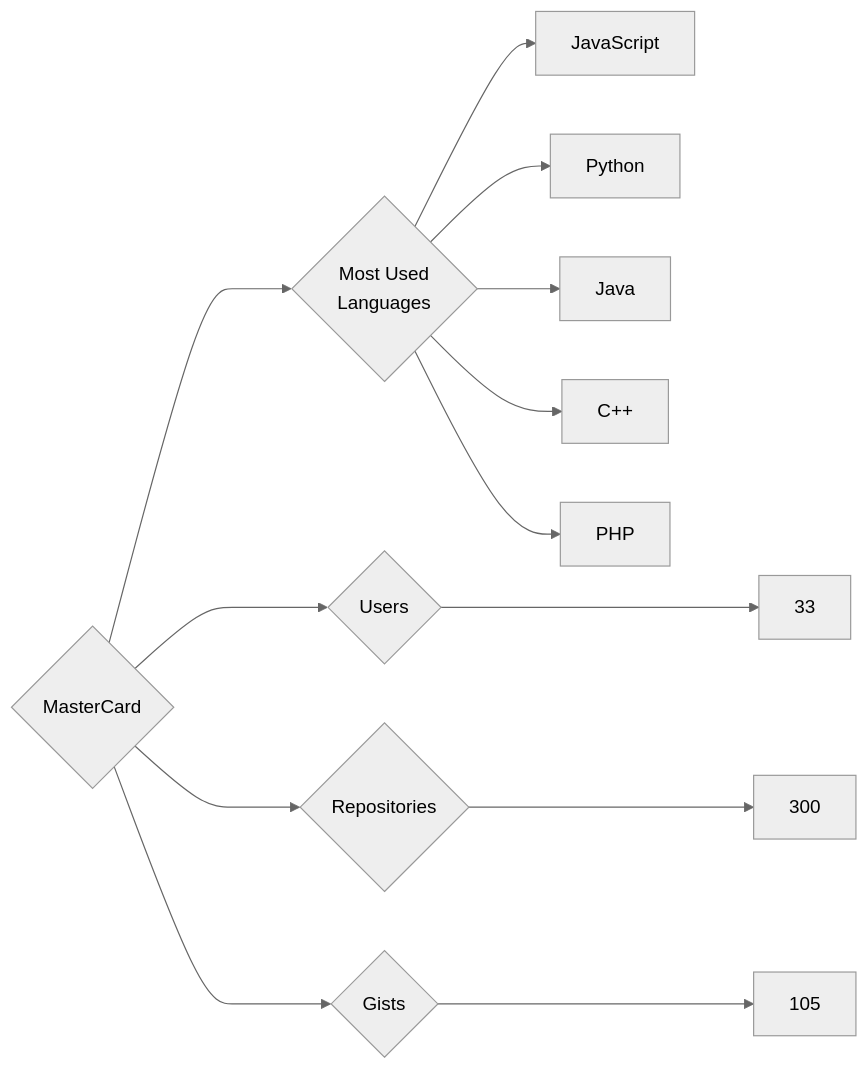
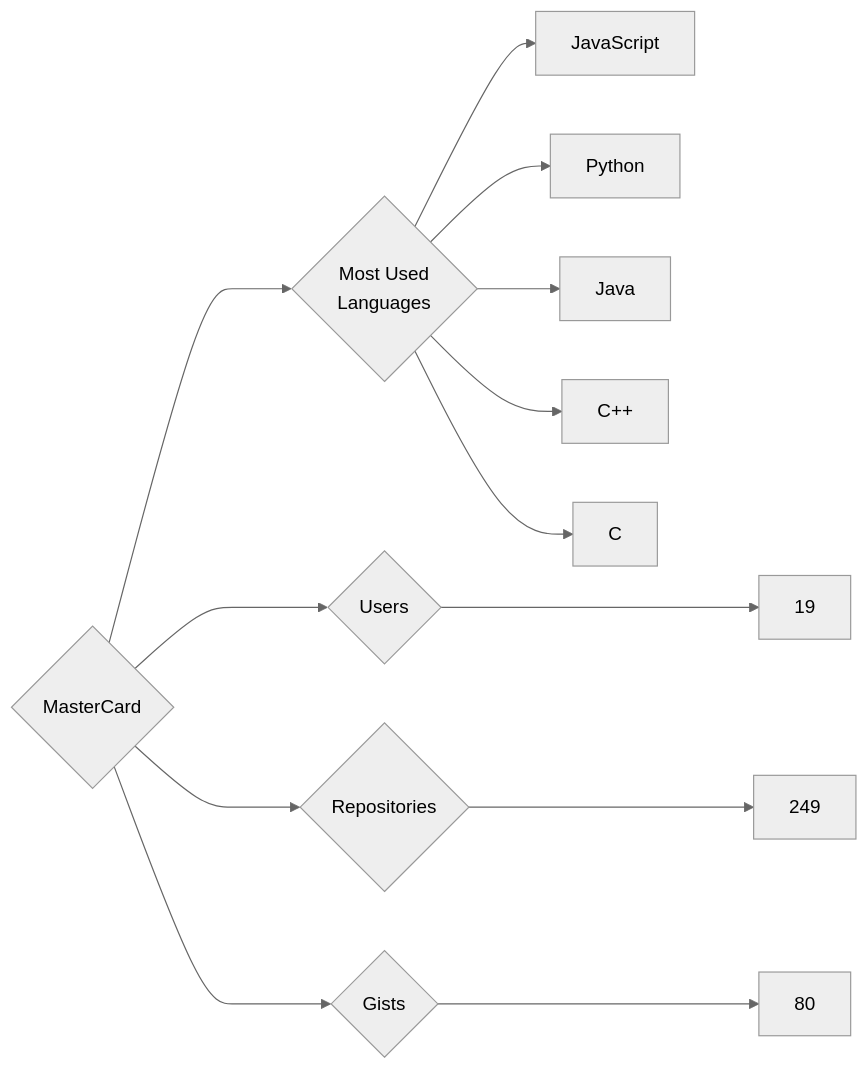
One commit to trickest/insiders changed the diagram in targets/MasterCard/README.md. Above: the diagram before and after it, drawn with Mermaid (neutral theme). The commit also changed 964 other files, not shown here.

````diff
--- a/targets/MasterCard/README.md
+++ b/targets/MasterCard/README.md
@@ -3,13 +3,13 @@
 ```mermaid
 graph LR
 COMPANY_NAME{MasterCard}
-COMPANY_NAME ---> U{Users} ---> UN[33]
-COMPANY_NAME ---> R{Repositories} ---> RN[300]
-COMPANY_NAME ---> G{Gists} ---> GN[105]
+COMPANY_NAME ---> U{Users} ---> UN[19]
+COMPANY_NAME ---> R{Repositories} ---> RN[249]
+COMPANY_NAME ---> G{Gists} ---> GN[80]
 COMPANY_NAME ---> ML{Most Used<br>Languages}
 ML --> JavaScript[JavaScript]
 ML --> Python[Python]
 ML --> Java[Java]
 ML --> C++[C++]
-ML --> PHP[PHP]
+ML --> C[C]
 ```
````
